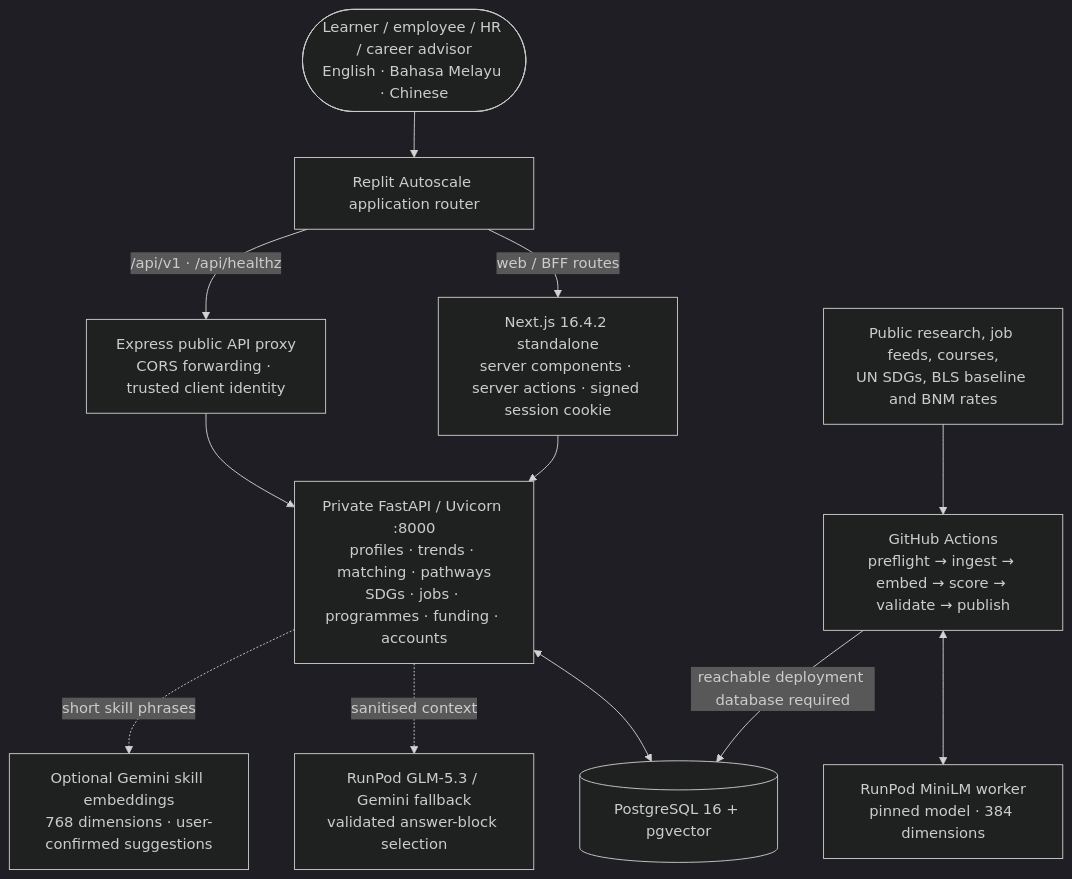
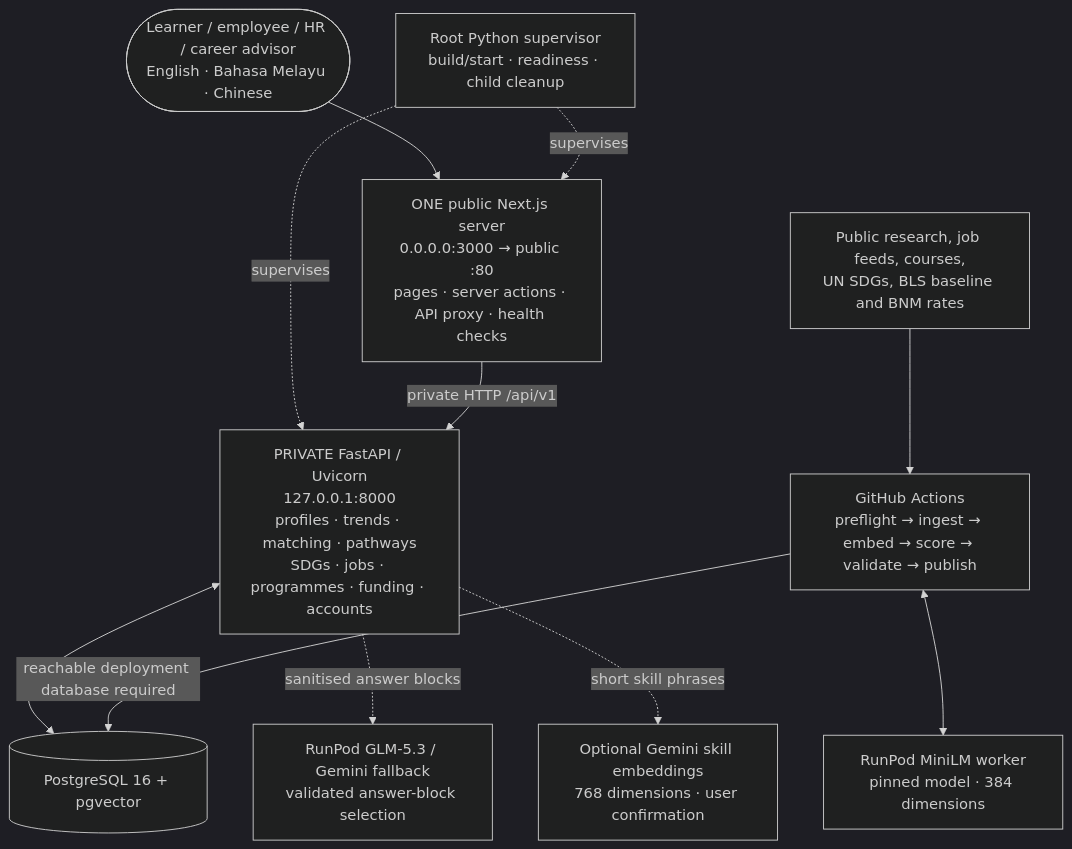
The first of 11 diagrams in README.md (pecel-lelele/adept), drawn with Mermaid (dark theme) before and after one commit. The commit also changed other lines of this file and 139 other files, not shown here.

Commit message:
fix(core): deploy from root with one public server

````diff
--- a/README.md
+++ b/README.md
@@ -230,25 +229,23 @@
 ```mermaid
 flowchart TB
   user(["Learner / employee / HR / career advisor<br/>English · Bahasa Melayu · Chinese"])
-  router["Replit Autoscale application router"]
-  web["Next.js 16.4.2 standalone<br/>server components · server actions · signed session cookie"]
-  proxy["Express public API proxy<br/>CORS forwarding · trusted client identity"]
-  api["Private FastAPI / Uvicorn :8000<br/>profiles · trends · matching · pathways<br/>SDGs · jobs · programmes · funding · accounts"]
+  web["ONE public Next.js server<br/>0.0.0.0:3000 → public :80<br/>pages · server actions · API proxy · health checks"]
+  supervisor["Root Python supervisor<br/>build/start · readiness · child cleanup"]
+  api["PRIVATE FastAPI / Uvicorn<br/>127.0.0.1:8000<br/>profiles · trends · matching · pathways<br/>SDGs · jobs · programmes · funding · accounts"]
   db[("PostgreSQL 16 + pgvector")]
   adi["RunPod GLM-5.3 / Gemini fallback<br/>validated answer-block selection"]
-  gemini["Optional Gemini skill embeddings<br/>768 dimensions · user-confirmed suggestions"]
+  gemini["Optional Gemini skill embeddings<br/>768 dimensions · user confirmation"]
   job["GitHub Actions<br/>preflight → ingest → embed → score → validate → publish"]
   minilm["RunPod MiniLM worker<br/>pinned model · 384 dimensions"]
   feeds["Public research, job feeds, courses,<br/>UN SDGs, BLS baseline and BNM rates"]
-  user --> router
-  router -- "web / BFF routes" --> web
-  router -- "/api/v1 · /api/healthz" --> proxy
-  web --> api
-  proxy --> api
+  user --> web
+  supervisor -. "supervises" .-> web
+  supervisor -. "supervises" .-> api
+  web -- "private HTTP /api/v1" --> api
   api <--> db
-  api -. "sanitised context" .-> adi
+  api -. "sanitised answer blocks" .-> adi
   api -. "short skill phrases" .-> gemini
   feeds --> job
   job <--> minilm
   job -- "reachable deployment database required" --> db
 ```
````
